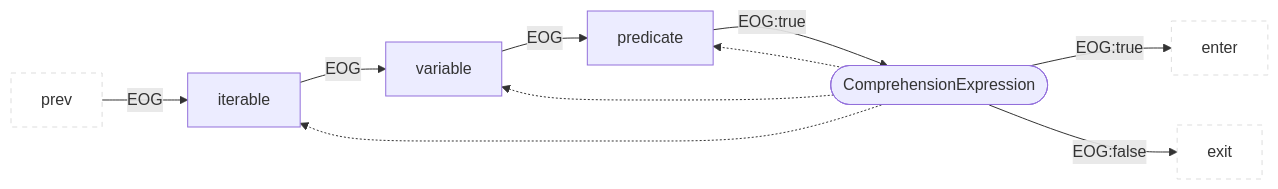
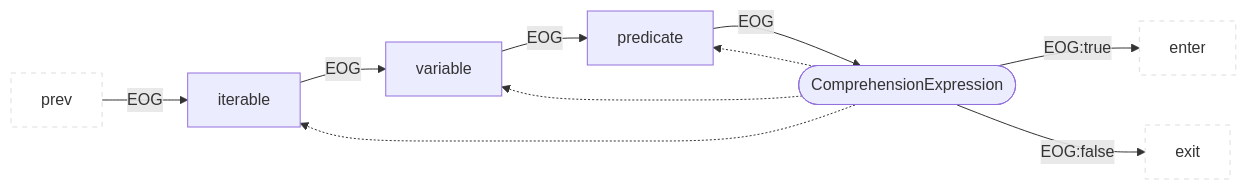
Before and after one commit to Fraunhofer-AISEC/cpg: diagram 38 of 46 in docs/docs/CPG/specs/eog.md, drawn with Mermaid.

Commit message:
Small fix

````diff
--- a/docs/docs/CPG/specs/eog.md
+++ b/docs/docs/CPG/specs/eog.md
@@ -729,13 +729,13 @@
 ```mermaid
 flowchart LR
   classDef outer fill:#fff,stroke:#ddd,stroke-dasharray:5 5;
   prev:::outer --EOG--> child1["iterable"]
   child1 --EOG--> child2["variable"]
   child2 --EOG--> child3["predicate"]
-  child3 --EOG:true--> parent(["ComprehensionExpression"])
+  child3 --EOG--> parent(["ComprehensionExpression"])
   parent --EOG:true--> enter:::outer
   parent --EOG:false--> exit:::outer
   parent -.-> child3
   parent -.-> child2
   parent -.-> child1
 ```
````
